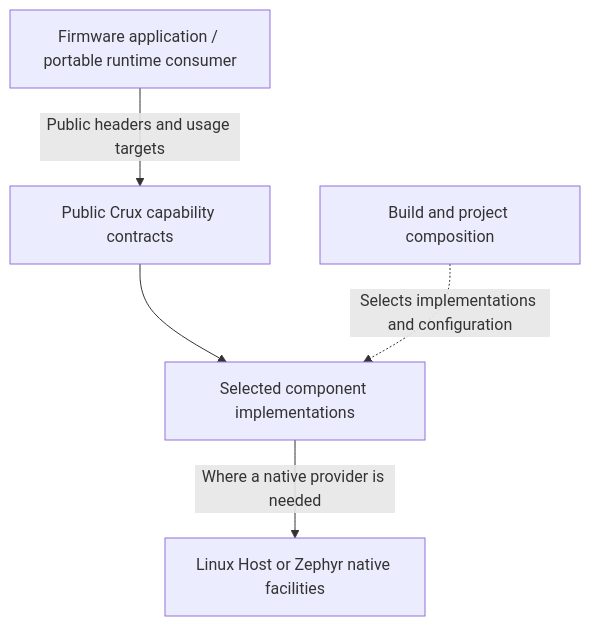
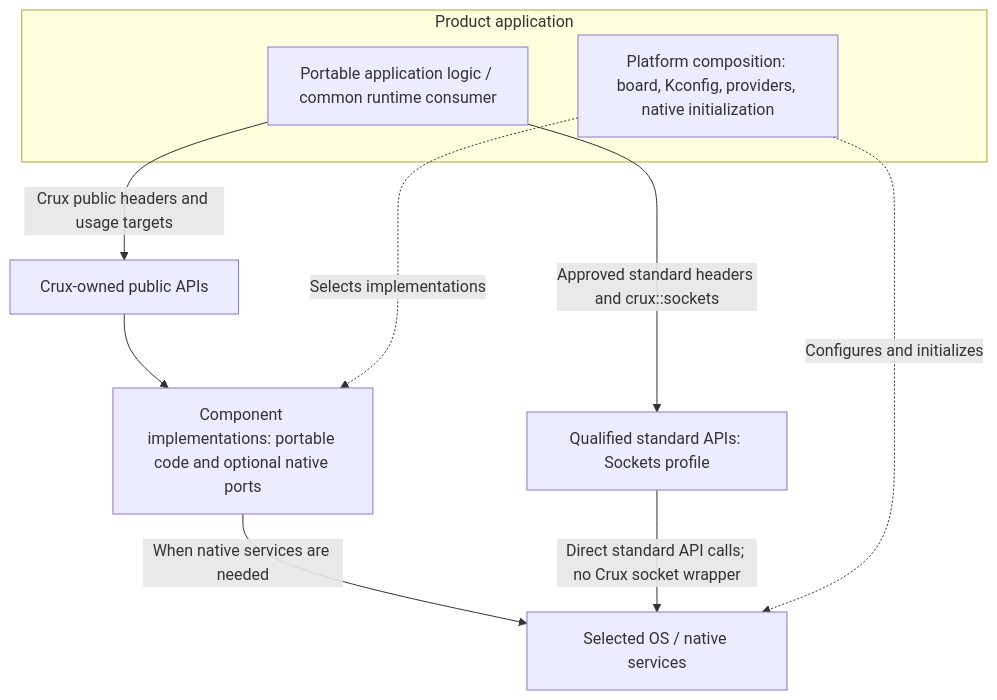
The diagram in docs/architecture.md (wonny-labs/crux-pilot), drawn with Mermaid before and after one commit. The commit also changed other lines of this file and 1 other file, not shown here.

Commit message:
docs: clarify application boundaries and capability support

````diff
--- a/docs/architecture.md
+++ b/docs/architecture.md
@@ -17,12 +17,18 @@
 ```mermaid
 flowchart TB
-    A["Firmware application / portable runtime consumer"]
-    B["Public Crux capability contracts"]
-    C["Selected component implementations"]
-    D["Linux Host or Zephyr native facilities"]
-    E["Build and project composition"]
-    A -->|"Public headers and usage targets"| B
-    B --> C
-    C -->|"Where a native provider is needed"| D
-    E -.->|"Selects implementations and configuration"| C
+    subgraph Product["Product application"]
+        P["Portable application logic / common runtime consumer"]
+        X["Platform composition: board, Kconfig, providers, native initialization"]
+    end
+    A["Crux-owned public APIs"]
+    C["Component implementations: portable code and optional native ports"]
+    S["Qualified standard APIs: Sockets profile"]
+    N["Selected OS / native services"]
+    P -->|"Crux public headers and usage targets"| A
+    A --> C
+    C -->|"When native services are needed"| N
+    P -->|"Approved standard headers and crux::sockets"| S
+    S -->|"Direct standard API calls; no Crux socket wrapper"| N
+    X -.->|"Selects implementations"| C
+    X -.->|"Configures and initializes"| N
 ```
````
